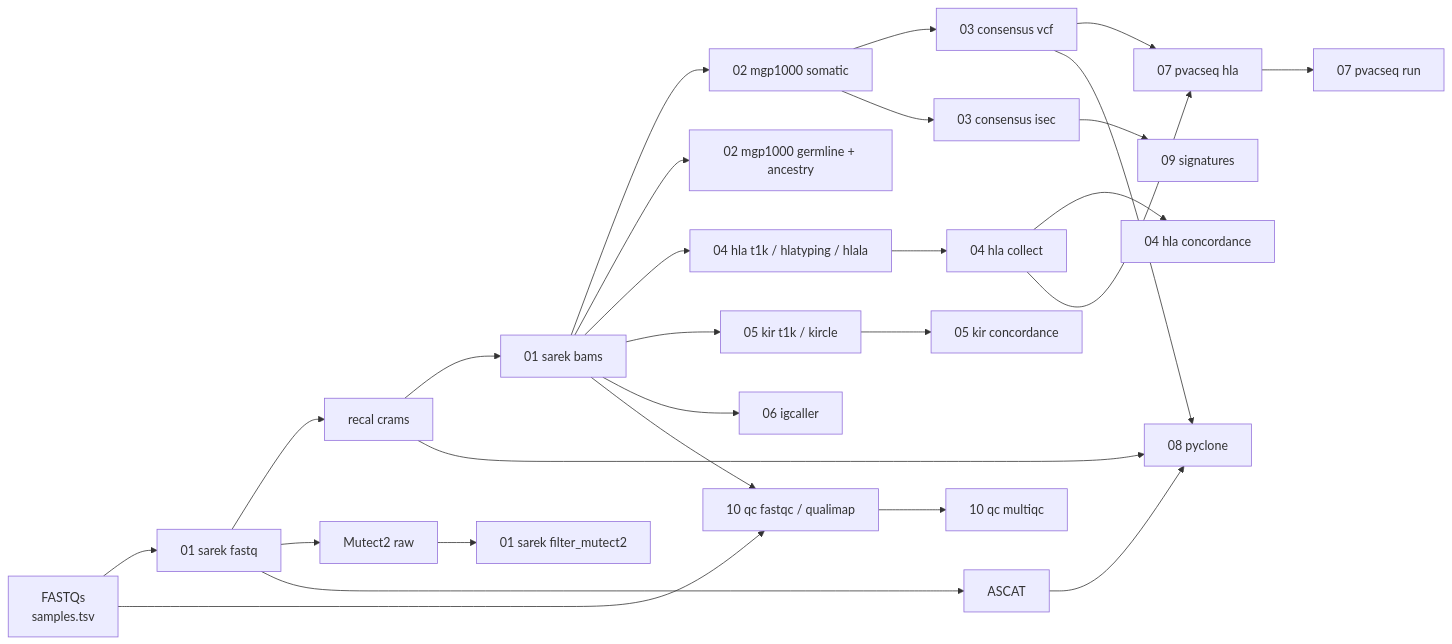
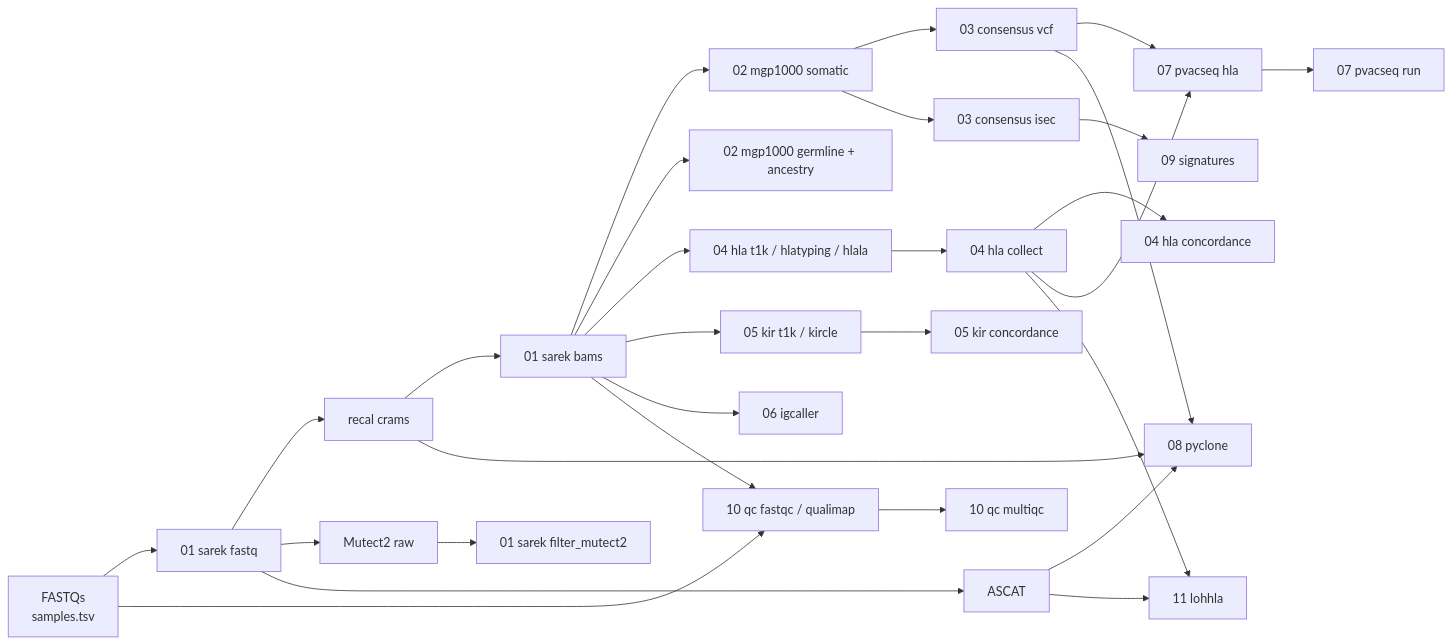
Before and after one commit to amootta/MyelomaLab_WES_Pipeline: the diagram in docs/STAGES.md, drawn with Mermaid. The commit also changed other lines of this file and 23 other files, not shown here.

````diff
--- a/docs/STAGES.md
+++ b/docs/STAGES.md
@@ -8,29 +8,31 @@
 ```mermaid
 flowchart LR
   fq[FASTQs<br/>samples.tsv] --> s1[01 sarek fastq]
   s1 --> cram[recal crams]
   s1 --> m2raw[Mutect2 raw]
   s1 --> ascat[ASCAT]
   cram --> bams[01 sarek bams]
   m2raw --> m2f[01 sarek filter_mutect2]
   bams --> mgp[02 mgp1000 somatic]
   bams --> mgpg[02 mgp1000 germline + ancestry]
   mgp --> cvcf[03 consensus vcf]
   mgp --> isec[03 consensus isec]
   bams --> hla[04 hla t1k / hlatyping / hlala]
   hla --> hcol[04 hla collect]
   hcol --> hconc[04 hla concordance]
   bams --> kir[05 kir t1k / kircle]
   kir --> kconc[05 kir concordance]
   bams --> ig[06 igcaller]
   cvcf --> phla[07 pvacseq hla]
   hcol --> phla
   phla --> prun[07 pvacseq run]
   cvcf --> py[08 pyclone]
   ascat --> py
   cram --> py
   isec --> sig[09 signatures]
   bams --> qc[10 qc fastqc / qualimap]
   fq --> qc
   qc --> mqc[10 qc multiqc]
+  hcol --> loh[11 lohhla]
+  ascat --> loh
 ```
````
